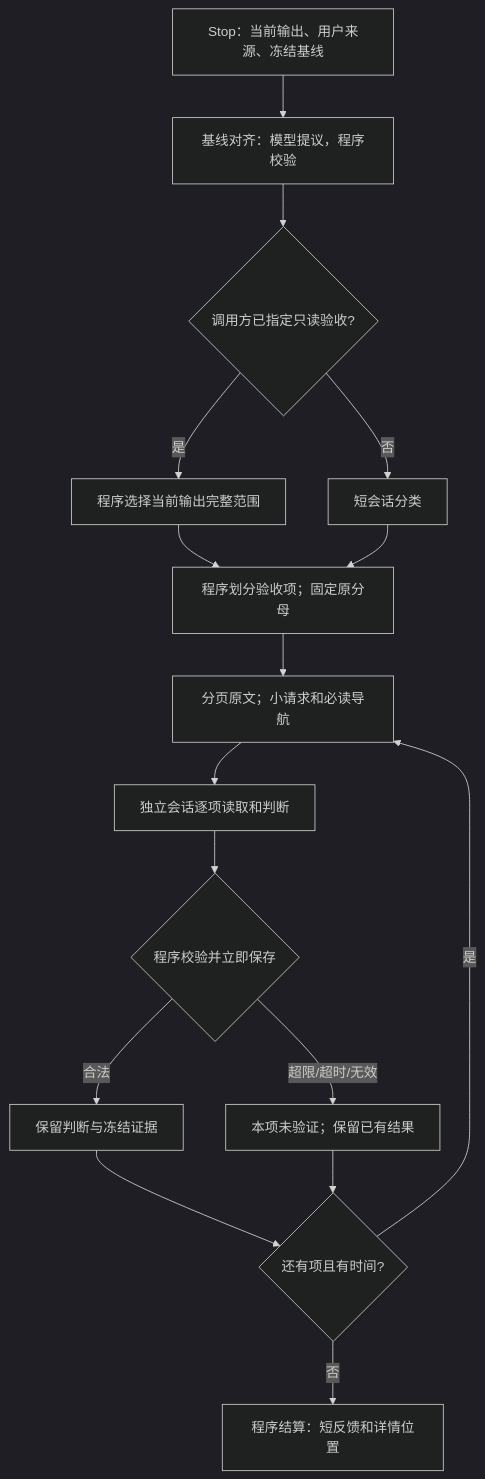
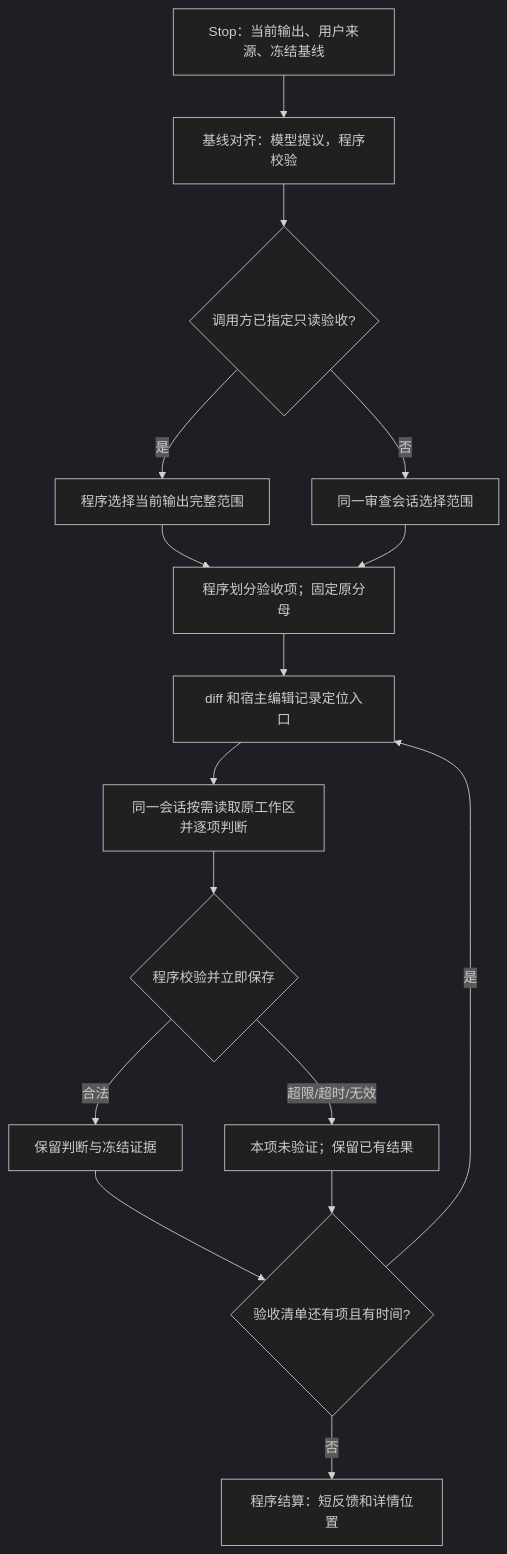
The diagram in docs/stop-review-bounds.md (SELab-Leibniz/VeriPilot-Verifier), drawn with Mermaid (dark theme) before and after one commit. The commit also changed other lines of this file and 91 other files, not shown here.

````diff
--- a/docs/stop-review-bounds.md
+++ b/docs/stop-review-bounds.md
@@ -24,18 +24,18 @@
 ```mermaid
 flowchart TD
   A[Stop：当前输出、用户来源、冻结基线] --> B[基线对齐：模型提议，程序校验]
   B --> C{调用方已指定只读验收?}
   C -->|是| C1[程序选择当前输出完整范围]
-  C -->|否| C2[短会话分类]
+  C -->|否| C2[同一审查会话选择范围]
   C1 --> D[程序划分验收项；固定原分母]
   C2 --> D
-  D --> E[分页原文；小请求和必读导航]
-  E --> F[独立会话逐项读取和判断]
+  D --> E[diff 和宿主编辑记录定位入口]
+  E --> F[同一会话按需读取原工作区并逐项判断]
   F --> G{程序校验并立即保存}
   G -->|合法| H[保留判断与冻结证据]
   G -->|超限/超时/无效| I[本项未验证；保留已有结果]
-  H --> J{还有项且有时间?}
+  H --> J{验收清单还有项且有时间?}
   I --> J
   J -->|是| E
   J -->|否| K[程序结算：短反馈和详情位置]
 ```
````
